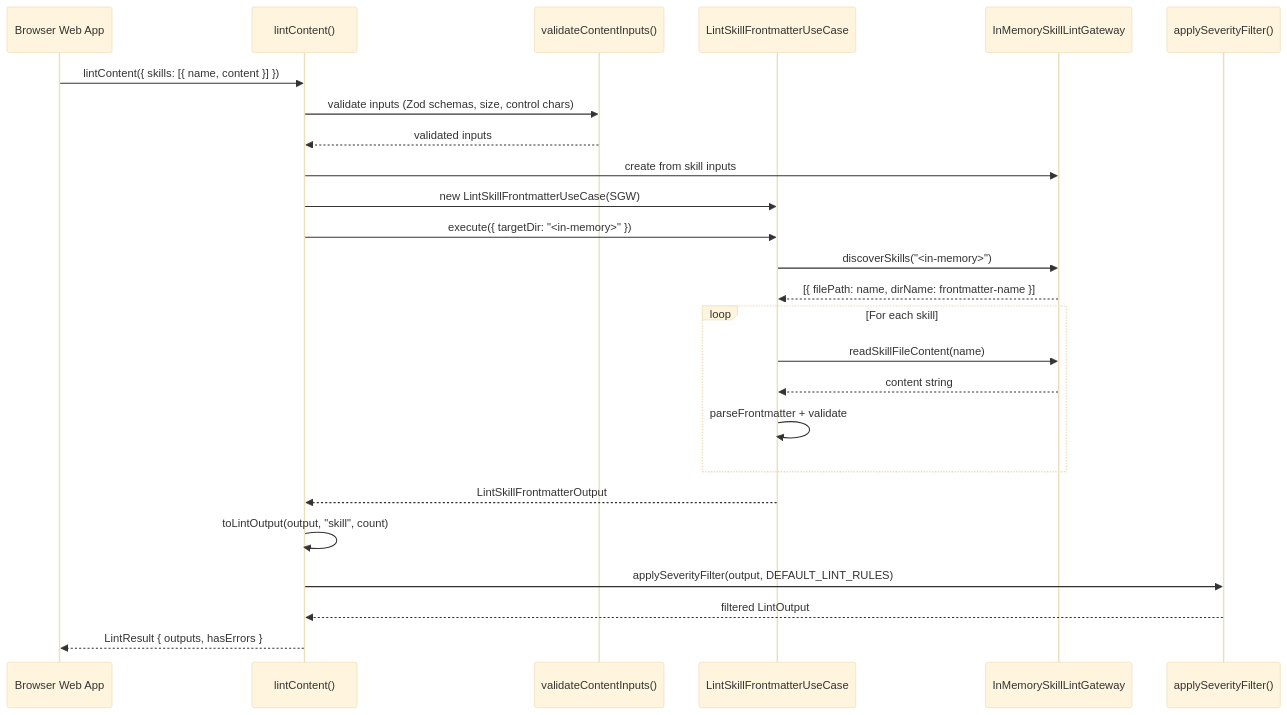
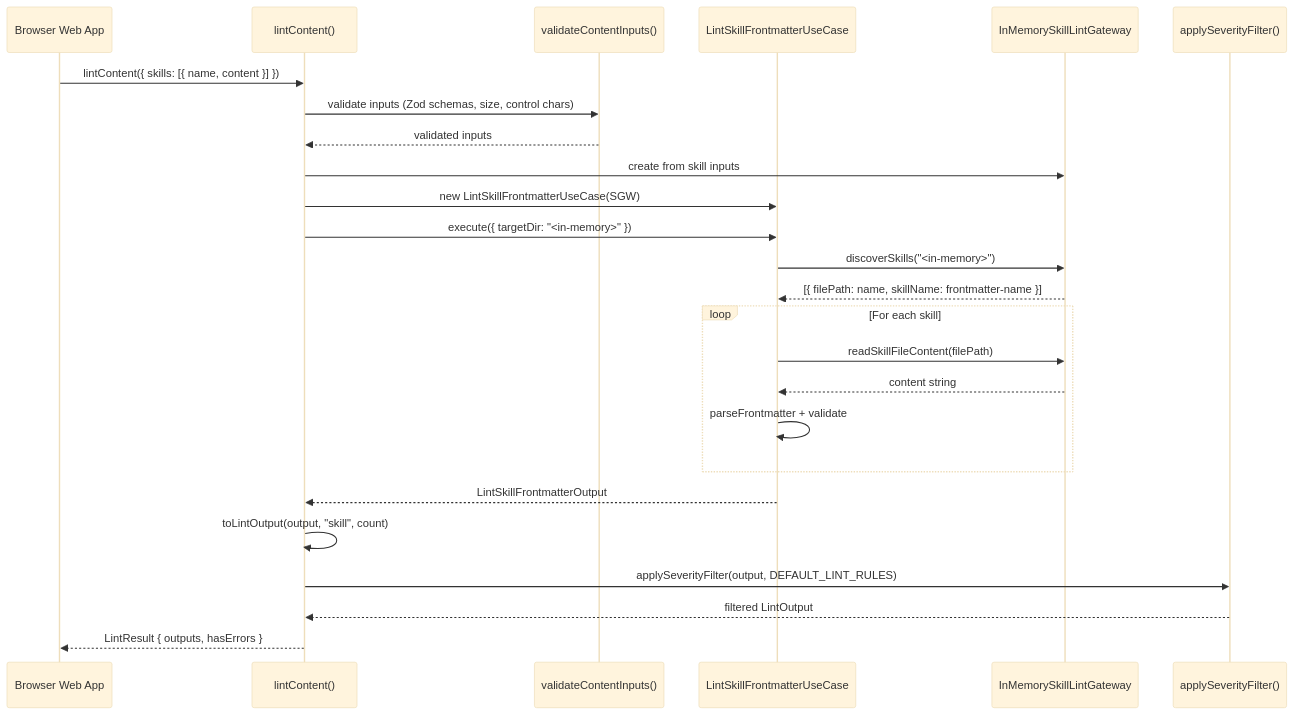
Before and after one commit to zpratt/lousy-agents: the second of 2 diagrams in .github/specs/lint-string-input.spec.md, drawn with Mermaid (base theme). The commit also changed other lines of this file, not shown here.

Commit message:
fix: replace remaining dirName with skillName in sequence diagram and task 2a
Agent-Logs-Url: https://github.com/zpratt/lousy-agents/sessions/2e59781b-6ce7-4bba-92b2-51e4203b335d

````diff
--- a/.github/specs/lint-string-input.spec.md
+++ b/.github/specs/lint-string-input.spec.md
@@ -230,30 +230,30 @@
 ```mermaid
 sequenceDiagram
     participant WebApp as Browser Web App
     participant LC as lintContent()
     participant V as validateContentInputs()
     participant SUC as LintSkillFrontmatterUseCase
     participant SGW as InMemorySkillLintGateway
     participant Filter as applySeverityFilter()
 
     WebApp->>LC: lintContent({ skills: [{ name, content }] })
     LC->>V: validate inputs (Zod schemas, size, control chars)
     V-->>LC: validated inputs
 
     LC->>SGW: create from skill inputs
     LC->>SUC: new LintSkillFrontmatterUseCase(SGW)
     LC->>SUC: execute({ targetDir: "<in-memory>" })
     SUC->>SGW: discoverSkills("<in-memory>")
-    SGW-->>SUC: [{ filePath: name, dirName: frontmatter-name }]
+    SGW-->>SUC: [{ filePath: name, skillName: frontmatter-name }]
     loop For each skill
-        SUC->>SGW: readSkillFileContent(name)
+        SUC->>SGW: readSkillFileContent(filePath)
         SGW-->>SUC: content string
         SUC->>SUC: parseFrontmatter + validate
     end
     SUC-->>LC: LintSkillFrontmatterOutput
 
     LC->>LC: toLintOutput(output, "skill", count)
     LC->>Filter: applySeverityFilter(output, DEFAULT_LINT_RULES)
     Filter-->>LC: filtered LintOutput
     LC-->>WebApp: LintResult { outputs, hasErrors }
 ```
````
